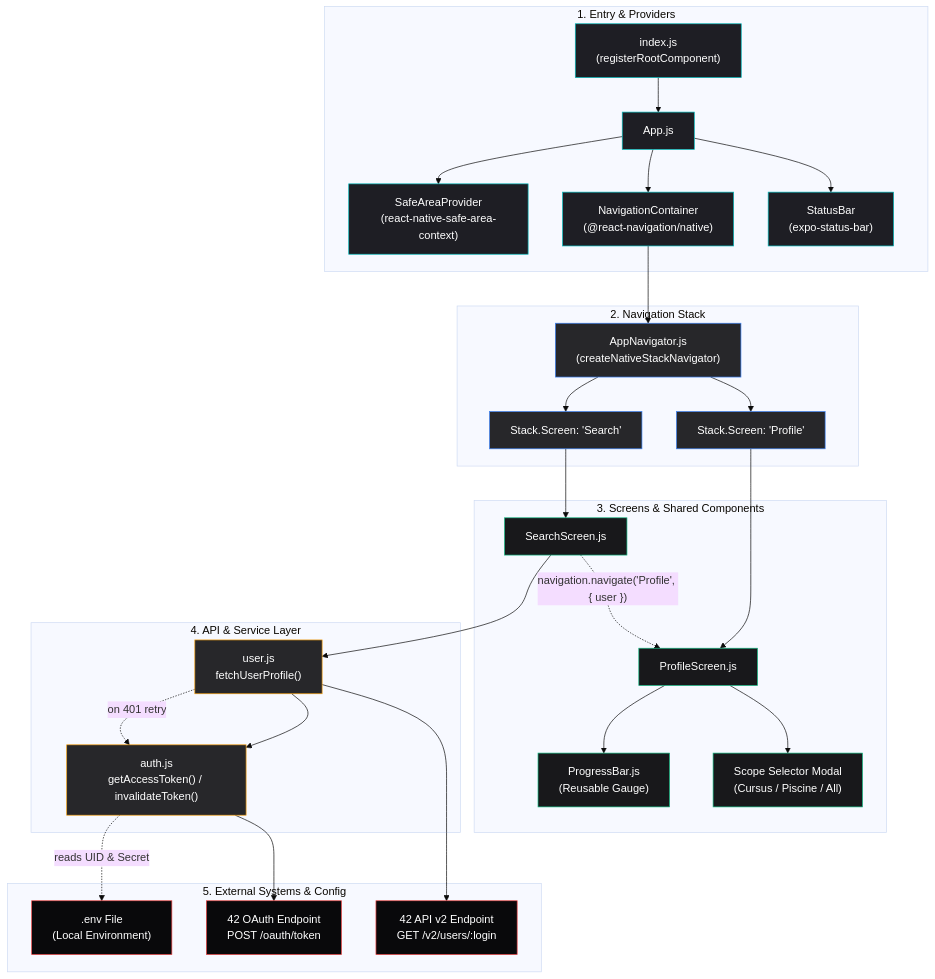
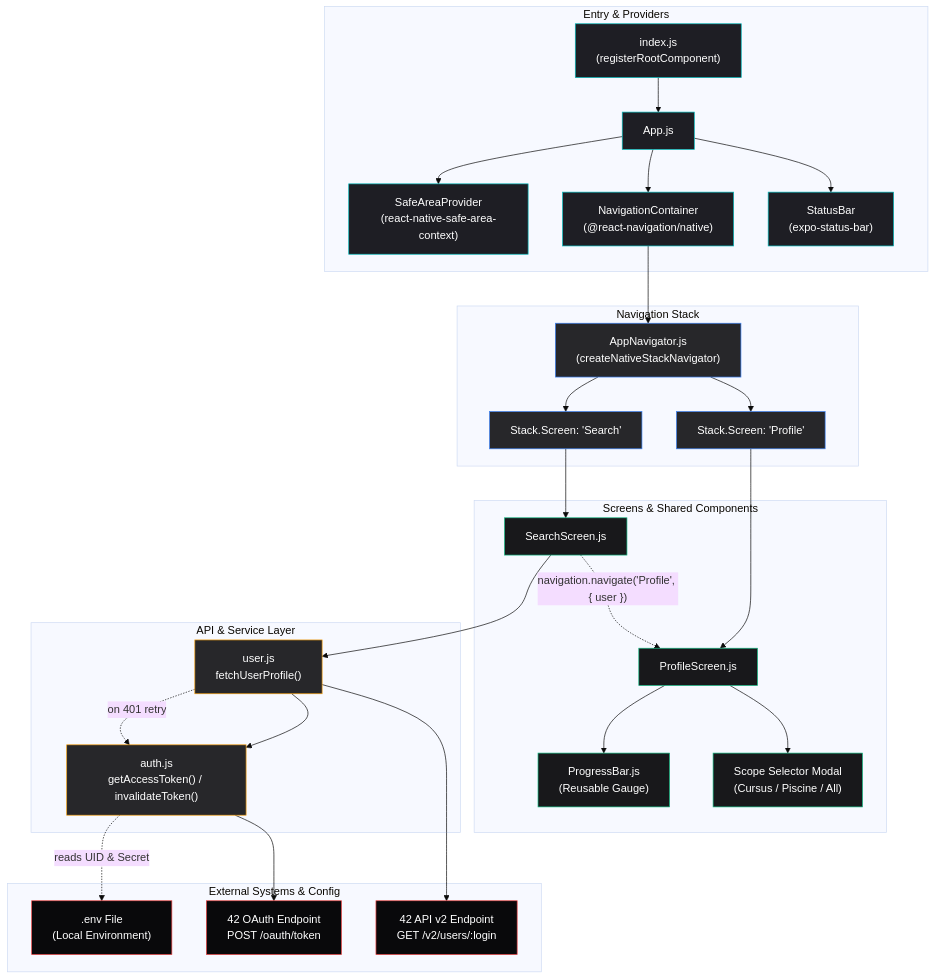
One commit to spacotto/swifty-companion changed the first of 2 diagrams in assets/man/components.md. Above: the diagram before and after it, drawn with Mermaid (base theme).

````diff
--- a/assets/man/components.md
+++ b/assets/man/components.md
@@ -108,53 +108,53 @@
 ```mermaid
 graph TD
     %% Entry Layer
-    subgraph EntryLayer["1. Entry & Providers"]
+    subgraph EntryLayer["Entry & Providers"]
         Index["index.js<br/>(registerRootComponent)"] --> App["App.js"]
         App --> SafeArea["SafeAreaProvider<br/>(react-native-safe-area-context)"]
         App --> NavContainer["NavigationContainer<br/>(@react-navigation/native)"]
         App --> StatusBar["StatusBar<br/>(expo-status-bar)"]
     end
 
     %% Navigation Layer
-    subgraph NavigationLayer["2. Navigation Stack"]
+    subgraph NavigationLayer["Navigation Stack"]
         NavContainer --> AppNav["AppNavigator.js<br/>(createNativeStackNavigator)"]
         AppNav --> SearchRoute["Stack.Screen: 'Search'"]
         AppNav --> ProfileRoute["Stack.Screen: 'Profile'"]
     end
 
     %% Presentation Layer
-    subgraph PresentationLayer["3. Screens & Shared Components"]
+    subgraph PresentationLayer["Screens & Shared Components"]
         SearchRoute --> SearchScreen["SearchScreen.js"]
         ProfileRoute --> ProfileScreen["ProfileScreen.js"]
         SearchScreen -. "navigation.navigate('Profile', { user })" .-> ProfileScreen
         ProfileScreen --> ProgressBar["ProgressBar.js<br/>(Reusable Gauge)"]
         ProfileScreen --> ScopeModal["Scope Selector Modal<br/>(Cursus / Piscine / All)"]
     end
 
     %% API & Services Layer
-    subgraph ServiceLayer["4. API & Service Layer"]
+    subgraph ServiceLayer["API & Service Layer"]
         SearchScreen --> UserAPI["user.js<br/>fetchUserProfile()"]
         UserAPI --> AuthAPI["auth.js<br/>getAccessToken() / invalidateToken()"]
         UserAPI -. "on 401 retry" .-> AuthAPI
     end
 
     %% External Systems & Config
-    subgraph ExternalLayer["5. External Systems & Config"]
+    subgraph ExternalLayer["External Systems & Config"]
         AuthAPI -. "reads UID & Secret" .-> DotEnv[".env File<br/>(Local Environment)"]
         AuthAPI --> OAuthEndpoint["42 OAuth Endpoint<br/>POST /oauth/token"]
         UserAPI --> UserEndpoint["42 API v2 Endpoint<br/>GET /v2/users/:login"]
     end
 
     %% Styling
     classDef entry fill:#1e1e24,stroke:#00babc,stroke-width:1px,color:#fff;
     classDef nav fill:#27272a,stroke:#3b82f6,stroke-width:1px,color:#fff;
     classDef ui fill:#18181b,stroke:#10b981,stroke-width:1px,color:#fff;
     classDef api fill:#27272a,stroke:#f59e0b,stroke-width:1px,color:#fff;
     classDef ext fill:#09090b,stroke:#ef4444,stroke-width:1px,color:#fff;
 
     class Index,App,SafeArea,NavContainer,StatusBar entry;
     class AppNav,SearchRoute,ProfileRoute nav;
     class SearchScreen,ProfileScreen,ProgressBar,ScopeModal ui;
     class UserAPI,AuthAPI api;
     class DotEnv,OAuthEndpoint,UserEndpoint ext;
 ```
````
